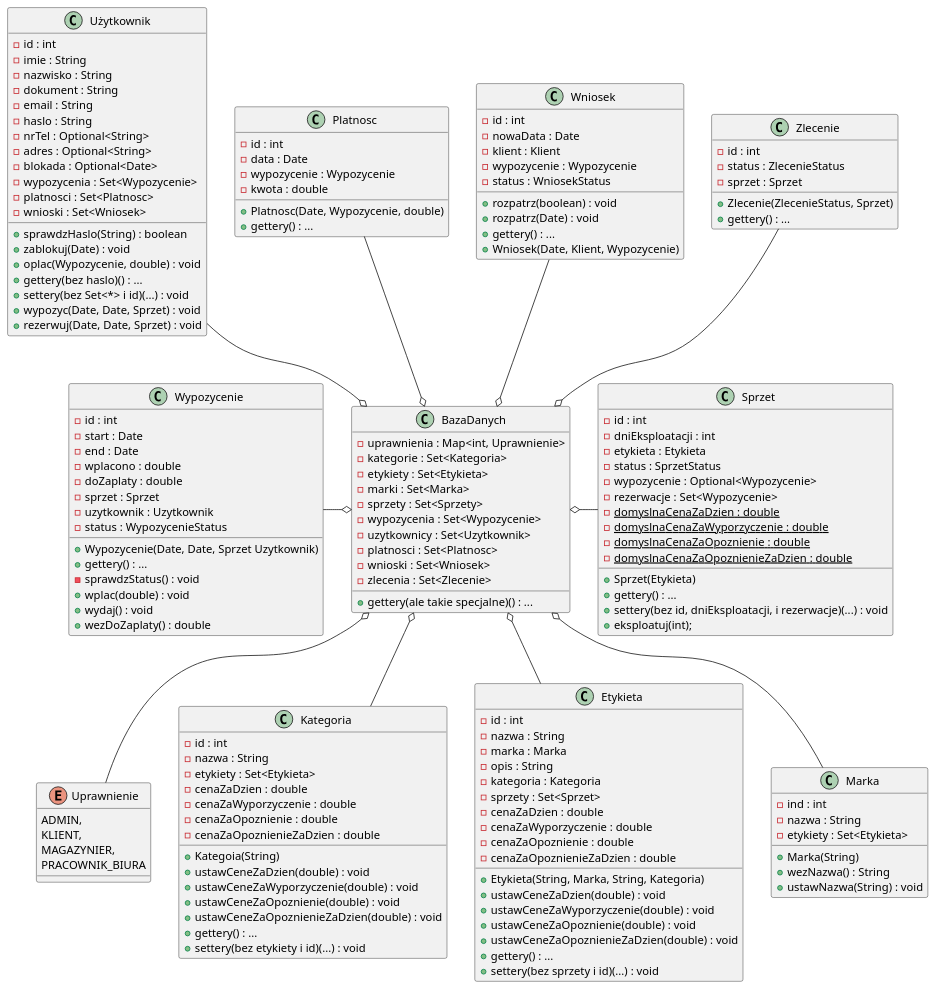
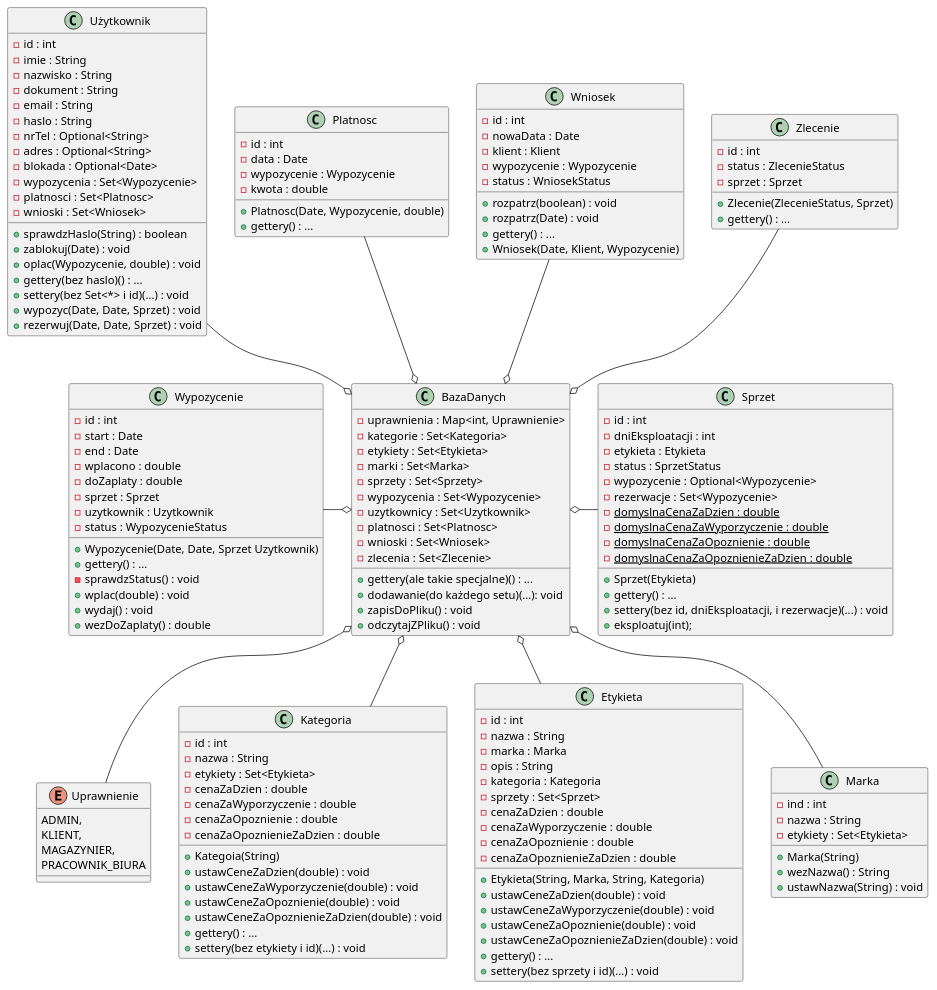
Before and after one commit to KoduraS/IO-project-RentalAid: the diagram in diagramy_klas/DataBase.puml, drawn with PlantUML.

Commit message:
mała poprawka do BazyDanych

```diff
--- a/diagramy_klas/DataBase.puml
+++ b/diagramy_klas/DataBase.puml
@@ -1,166 +1,169 @@
 @startuml DataBase	
     
     class "BazaDanych" as BAD {
 		- uprawnienia : Map<int, Uprawnienie>
 		- kategorie : Set<Kategoria>
 		- etykiety : Set<Etykieta>
 		- marki : Set<Marka>
 		- sprzety : Set<Sprzety>
 		- wypozycenia : Set<Wypozycenie>
 		- uzytkownicy : Set<Uzytkownik>
 		- platnosci : Set<Platnosc>
 		- wnioski : Set<Wniosek>
 		- zlecenia : Set<Zlecenie>
 		+ gettery(ale takie specjalne)() : ...
+		+ dodawanie(do każdego setu)(...): void
+		+ zapisDoPliku() : void
+		+ odczytajZPliku() : void
 	}
 
 	enum "Uprawnienie" as UPR {
 		ADMIN,
 		KLIENT,
 		MAGAZYNIER,
 		PRACOWNIK_BIURA
 	}
 
 	class "Kategoria" as KAT {
 		- id : int
 		- nazwa : String
 		- etykiety : Set<Etykieta>
 		- cenaZaDzien : double
 		- cenaZaWyporzyczenie : double
 		- cenaZaOpoznienie : double
 		- cenaZaOpoznienieZaDzien : double
 		+ Kategoia(String)
 		+ ustawCeneZaDzien(double) : void
 		+ ustawCeneZaWyporzyczenie(double) : void
 		+ ustawCeneZaOpoznienie(double) : void
 		+ ustawCeneZaOpoznienieZaDzien(double) : void
 		+ gettery() : ...
 		+ settery(bez etykiety i id)(...) : void 
 	}
 
 	class "Etykieta" as ETY {
 		- id : int
 		- nazwa : String
 		- marka : Marka
 		- opis : String
 		- kategoria : Kategoria
 		- sprzety : Set<Sprzet>
 		- cenaZaDzien : double
 		- cenaZaWyporzyczenie : double 
 		- cenaZaOpoznienie : double
 		- cenaZaOpoznienieZaDzien : double
 		+ Etykieta(String, Marka, String, Kategoria)
 		+ ustawCeneZaDzien(double) : void
 		+ ustawCeneZaWyporzyczenie(double) : void
 		+ ustawCeneZaOpoznienie(double) : void
 		+ ustawCeneZaOpoznienieZaDzien(double) : void
 		+ gettery() : ...
 		+ settery(bez sprzety i id)(...) : void 
 	}
 
 	class "Marka" as MAR {
 		- ind : int
 		- nazwa : String
 		- etykiety : Set<Etykieta>
 		+ Marka(String)
 		+ wezNazwa() : String
 		+ ustawNazwa(String) : void
 	}
 
 	class "Sprzet" as SPR {
 		- id : int
 		- dniEksploatacji : int
 		- etykieta : Etykieta
 		- status : SprzetStatus
 		- wypozycenie : Optional<Wypozycenie>
 		- rezerwacje : Set<Wypozycenie>
 		- {static} domyslnaCenaZaDzien : double
 		- {static} domyslnaCenaZaWyporzyczenie : double
 		- {static} domyslnaCenaZaOpoznienie : double
 		- {static} domyslnaCenaZaOpoznienieZaDzien : double
 		+ Sprzet(Etykieta)
 		+ gettery() : ...
 		+ settery(bez id, dniEksploatacji, i rezerwacje)(...) : void
 		+ eksploatuj(int);
 	}
 
 	class "Wypozycenie" as WYP {
 		- id : int
 		- start : Date
 		- end : Date
 		- wplacono : double
 		- doZaplaty : double
 		- sprzet : Sprzet
 		- uzytkownik : Uzytkownik
 		- status : WypozycenieStatus
 		+ Wypozycenie(Date, Date, Sprzet Uzytkownik)
 		+ gettery() : ...
 		- sprawdzStatus() : void
 		+ wplac(double) : void
 		+ wydaj() : void
 		+ wezDoZaplaty() : double
 	}
 
 	class "Użytkownik" as UZY {
 		- id : int
 		- imie : String
 		- nazwisko : String
 		- dokument : String
 		- email : String
 		- haslo : String
 		- nrTel : Optional<String>
 		- adres : Optional<String>
 		- blokada : Optional<Date>
 		- wypozycenia : Set<Wypozycenie>
 		- platnosci : Set<Platnosc>
 		- wnioski : Set<Wniosek>
 		+ sprawdzHaslo(String) : boolean
 		+ zablokuj(Date) : void
 		+ oplac(Wypozycenie, double) : void
 		+ gettery(bez haslo)() : ...
 		+ settery(bez Set<*> i id)(...) : void
 		+ wypozyc(Date, Date, Sprzet) : void
 		+ rezerwuj(Date, Date, Sprzet) : void
 	}
 
 	class "Platnosc" as PLA {
 		- id : int
 		- data : Date
 		- wypozycenie : Wypozycenie
 		- kwota : double
 		+ Platnosc(Date, Wypozycenie, double)
 		+ gettery() : ...
 	}
 
 	class "Wniosek" as WNI {
 		- id : int
 		- nowaData : Date
 		- klient : Klient
 		- wypozycenie : Wypozycenie
 		- status : WniosekStatus
 		+ rozpatrz(boolean) : void
 		+ rozpatrz(Date) : void
 		+ gettery() : ...
 		+ Wniosek(Date, Klient, Wypozycenie)
 	}
 
 	class "Zlecenie" as ZLE {
 		- id : int
 		- status : ZlecenieStatus
 		- sprzet : Sprzet
 		+ Zlecenie(ZlecenieStatus, Sprzet)
 		+ gettery() : ...
 	}
 
 	UPR -up-o BAD
 	KAT -up-o BAD
 	ETY -up-o BAD
 	MAR -up-o BAD
 	SPR -left-o BAD
 	WYP -right-o BAD
 	UZY -down-o BAD
 	PLA -down-o BAD
 	WNI -down-o BAD
 	ZLE -down-o BAD
 	
 @enduml
```
